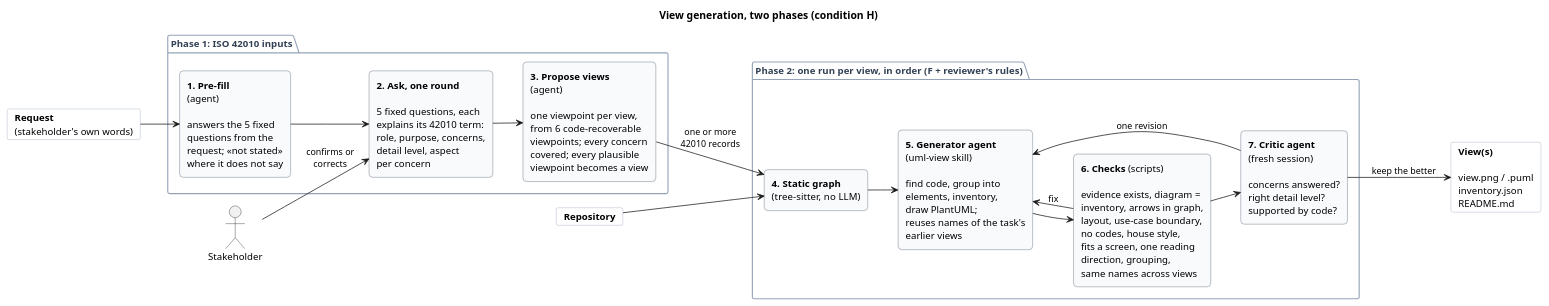
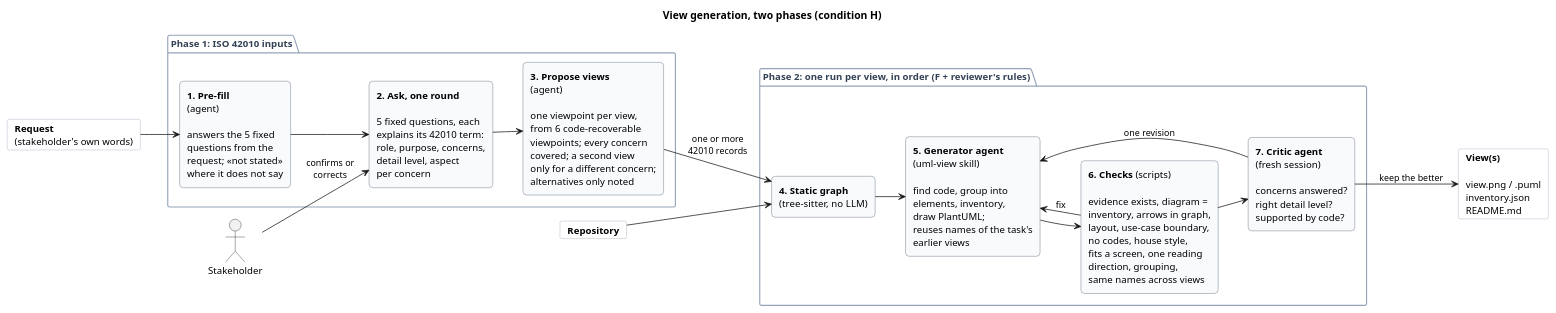
Before and after one commit to sa4s-serc/task2View: the diagram in experiments/view-generation-2026-10/docs/architecture-H.puml, drawn with PlantUML. The commit also changed 87 other files, not shown here.

Commit message:
H: draw only the chosen viewpoints; 'also' viewpoints noted as alternatives (20 -> 15 views)

```diff
--- a/experiments/view-generation-2026-10/docs/architecture-H.puml
+++ b/experiments/view-generation-2026-10/docs/architecture-H.puml
@@ -1,53 +1,53 @@
 @startuml
 title View generation, two phases (condition H)
 left to right direction
 skinparam defaultFontName Helvetica
 skinparam defaultFontSize 13
 skinparam ArrowFontSize 12
 skinparam rectangleRoundCorner 10
 skinparam nodesep 35
 skinparam ranksep 40
 skinparam rectangle {
   BackgroundColor #F8FAFC
   BorderColor #475569
 }
 skinparam card {
   BackgroundColor #FFFFFF
   BorderColor #94A3B8
 }
 skinparam package {
   BorderColor #94A3B8
   FontColor #334155
 }
 
 card "**Request**\n(stakeholder's own words)" as req
 card "**Repository**" as repo
 actor "Stakeholder" as sh
 
 package "Phase 1: ISO 42010 inputs" {
   rectangle "**1. Pre-fill**\n(agent)\n\nanswers the 5 fixed\nquestions from the\nrequest; «not stated»\nwhere it does not say" as pre
   rectangle "**2. Ask, one round**\n\n5 fixed questions, each\nexplains its 42010 term:\nrole, purpose, concerns,\ndetail level, aspect\nper concern" as ask
-  rectangle "**3. Propose views**\n(agent)\n\none viewpoint per view,\nfrom 6 code-recoverable\nviewpoints; every concern\ncovered; every plausible\nviewpoint becomes a view" as prop
+  rectangle "**3. Propose views**\n(agent)\n\none viewpoint per view,\nfrom 6 code-recoverable\nviewpoints; every concern\ncovered; a second view\nonly for a different concern;\nalternatives only noted" as prop
 }
 
 package "Phase 2: one run per view, in order (F + reviewer's rules)" {
   rectangle "**4. Static graph**\n(tree-sitter, no LLM)" as graph
   rectangle "**5. Generator agent**\n(uml-view skill)\n\nfind code, group into\nelements, inventory,\ndraw PlantUML;\nreuses names of the task's\nearlier views" as gen
   rectangle "**6. Checks** (scripts)\n\nevidence exists, diagram =\ninventory, arrows in graph,\nlayout, use-case boundary,\nno codes, house style,\nfits a screen, one reading\ndirection, grouping,\nsame names across views" as chk
   rectangle "**7. Critic agent**\n(fresh session)\n\nconcerns answered?\nright detail level?\nsupported by code?" as critic
 }
 card "**View(s)**\n\nview.png / .puml\ninventory.json\nREADME.md" as out
 
 req --> pre
 pre --> ask
 sh --> ask : confirms or\ncorrects
 ask --> prop
 prop --> graph : one or more\n42010 records
 repo --> graph
 graph --> gen
 gen --> chk
 chk --> gen : fix
 chk --> critic
 critic --> gen : one revision
 critic --> out : keep the better
 @enduml
```
